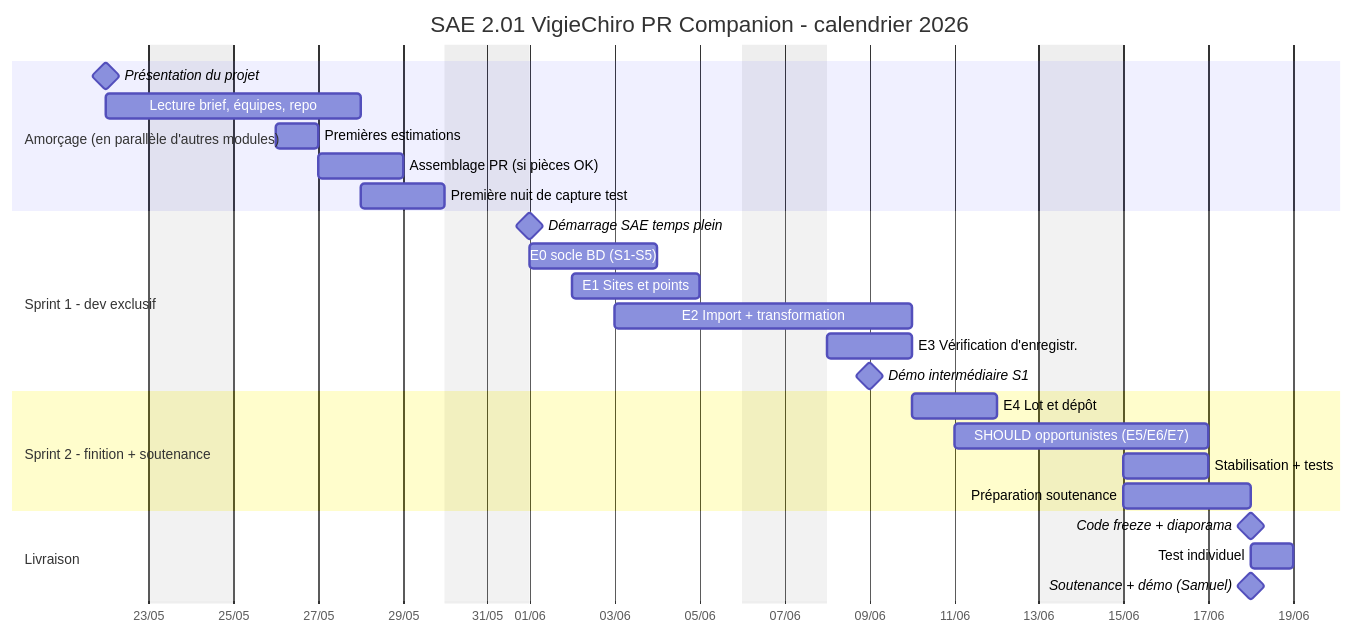
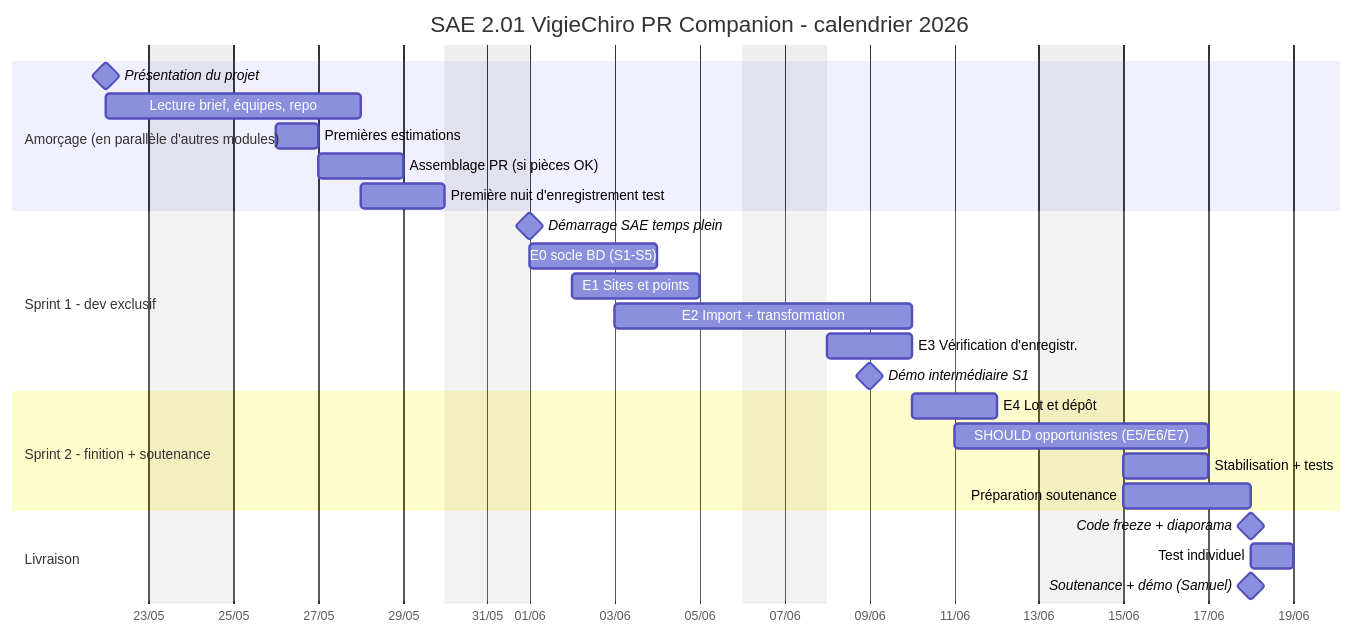
The diagram in docs/Analyse et conception/Planification - plein écran.md (IUTInfoAix-S201/brief), drawn with Mermaid before and after one commit. The commit also changed 42 other files, not shown here.

First line of the commit message:
refactor(vocabulaire): renomme « capture » en « session d'enregistrement »

````diff
--- a/docs/Analyse et conception/Planification - plein écran.md
+++ b/docs/Analyse et conception/Planification - plein écran.md
@@ -26,33 +26,33 @@
 ```mermaid
 gantt
     title SAE 2.01 VigieChiro PR Companion - calendrier 2026
     dateFormat YYYY-MM-DD
     axisFormat %d/%m
     excludes weekends
 
     section Amorçage (en parallèle d'autres modules)
     Présentation du projet         :milestone, m1, 2026-05-22, 0d
     Lecture brief, équipes, repo   :a1, 2026-05-22, 4d
     Premières estimations          :a2, 2026-05-26, 1d
     Assemblage PR (si pièces OK)   :a3, 2026-05-27, 2d
-    Première nuit de capture test  :a4, 2026-05-28, 2d
+    Première nuit d'enregistrement test  :a4, 2026-05-28, 2d
 
     section Sprint 1 - dev exclusif
     Démarrage SAE temps plein      :milestone, m2, 2026-06-01, 0d
     E0 socle BD (S1-S5)            :s1a, 2026-06-01, 3d
     E1 Sites et points             :s1b, 2026-06-02, 3d
     E2 Import + transformation     :s1c, 2026-06-03, 5d
     E3 Vérification d'enregistr.   :s1d, 2026-06-08, 2d
     Démo intermédiaire S1          :milestone, mS1, 2026-06-09, 0d
 
     section Sprint 2 - finition + soutenance
     E4 Lot et dépôt                :s2a, 2026-06-10, 2d
     SHOULD opportunistes (E5/E6/E7):s2b, 2026-06-11, 4d
     Stabilisation + tests          :s2c, 2026-06-15, 2d
     Préparation soutenance         :s2d, 2026-06-15, 3d
 
     section Livraison
     Code freeze + diaporama        :milestone, m3, 2026-06-18, 0d
     Test individuel                :test, 2026-06-18, 1d
     Soutenance + démo (Samuel)     :milestone, m4, 2026-06-18, 0d
 ```
````
